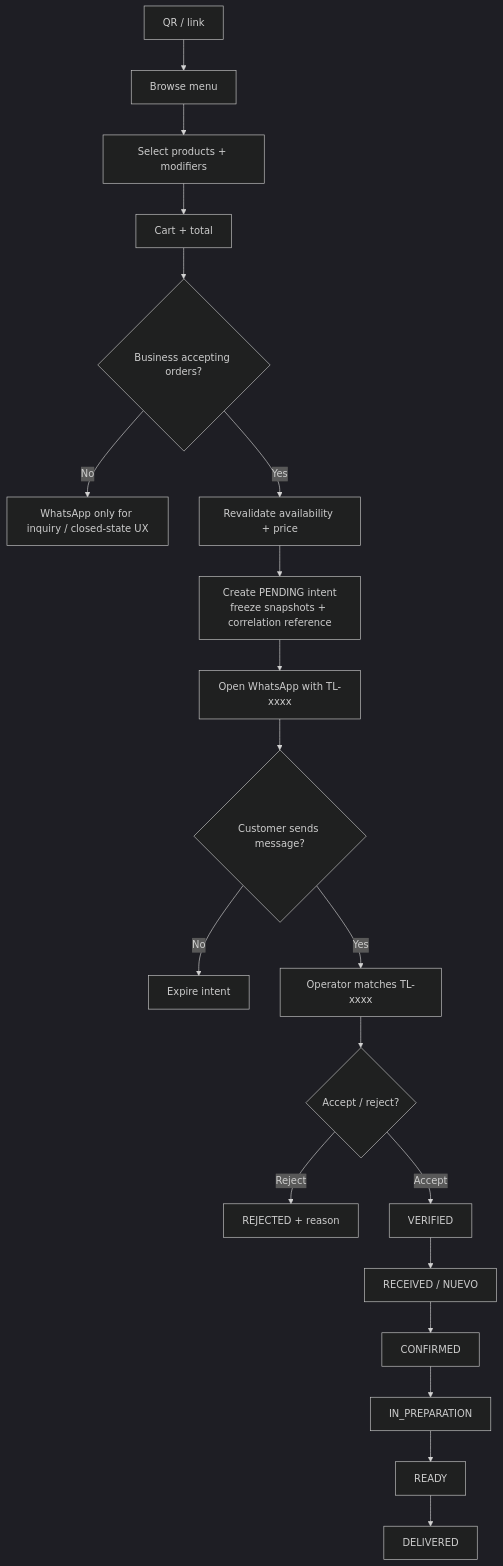
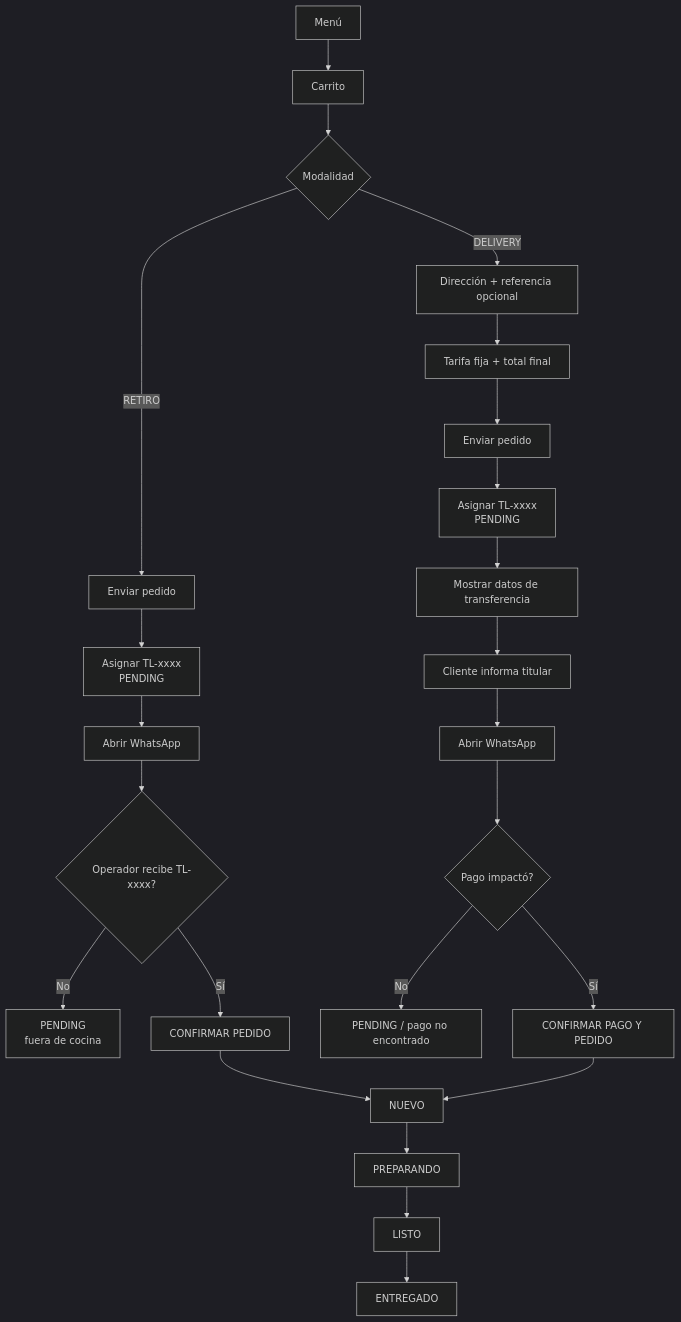
The second of 11 diagrams in docs/product/TL-HIGH-LEVEL-WORKFLOWS.md (sjo1848/taco-loco), drawn with Mermaid (dark theme) before and after one commit. The commit also changed other lines of this file, not shown here.

Commit message:
docs: close Taco Loco order-flow HLD human review

````diff
--- a/docs/product/TL-HIGH-LEVEL-WORKFLOWS.md
+++ b/docs/product/TL-HIGH-LEVEL-WORKFLOWS.md
@@ -119,22 +97,29 @@
 ```mermaid
 flowchart TD
-    A[QR / link] --> B[Browse menu]
-    B --> C[Select products + modifiers]
-    C --> D[Cart + total]
-    D --> E{Business accepting orders?}
-    E -- No --> Q[WhatsApp only for inquiry / closed-state UX]
-    E -- Yes --> F[Revalidate availability + price]
-    F --> G[Create PENDING intent\nfreeze snapshots + correlation reference]
-    G --> H[Open WhatsApp with TL-xxxx]
-    H --> I{Customer sends message?}
-    I -- No --> X[Expire intent]
-    I -- Yes --> J[Operator matches TL-xxxx]
-    J --> K{Accept / reject?}
-    K -- Reject --> R[REJECTED + reason]
-    K -- Accept --> V[VERIFIED]
-    V --> N[RECEIVED / NUEVO]
-    N --> O[CONFIRMED]
-    O --> P[IN_PREPARATION]
-    P --> L[READY]
-    L --> M[DELIVERED]
+    A[Menú] --> B[Carrito]
+    B --> C{Modalidad}
+
+    C -- RETIRO --> R1[Enviar pedido]
+    R1 --> R2[Asignar TL-xxxx\nPENDING]
+    R2 --> R3[Abrir WhatsApp]
+    R3 --> R4{Operador recibe TL-xxxx?}
+    R4 -- No --> RP[PENDING\nfuera de cocina]
+    R4 -- Sí --> R5[CONFIRMAR PEDIDO]
+    R5 --> O[NUEVO]
+
+    C -- DELIVERY --> D1[Dirección + referencia opcional]
+    D1 --> D2[Tarifa fija + total final]
+    D2 --> D3[Enviar pedido]
+    D3 --> D4[Asignar TL-xxxx\nPENDING]
+    D4 --> D5[Mostrar datos de transferencia]
+    D5 --> D6[Cliente informa titular]
+    D6 --> D7[Abrir WhatsApp]
+    D7 --> D8{Pago impactó?}
+    D8 -- No --> DP[PENDING / pago no encontrado]
+    D8 -- Sí --> D9[CONFIRMAR PAGO Y PEDIDO]
+    D9 --> O
+
+    O --> P[PREPARANDO]
+    P --> L[LISTO]
+    L --> E[ENTREGADO]
 ```
````
